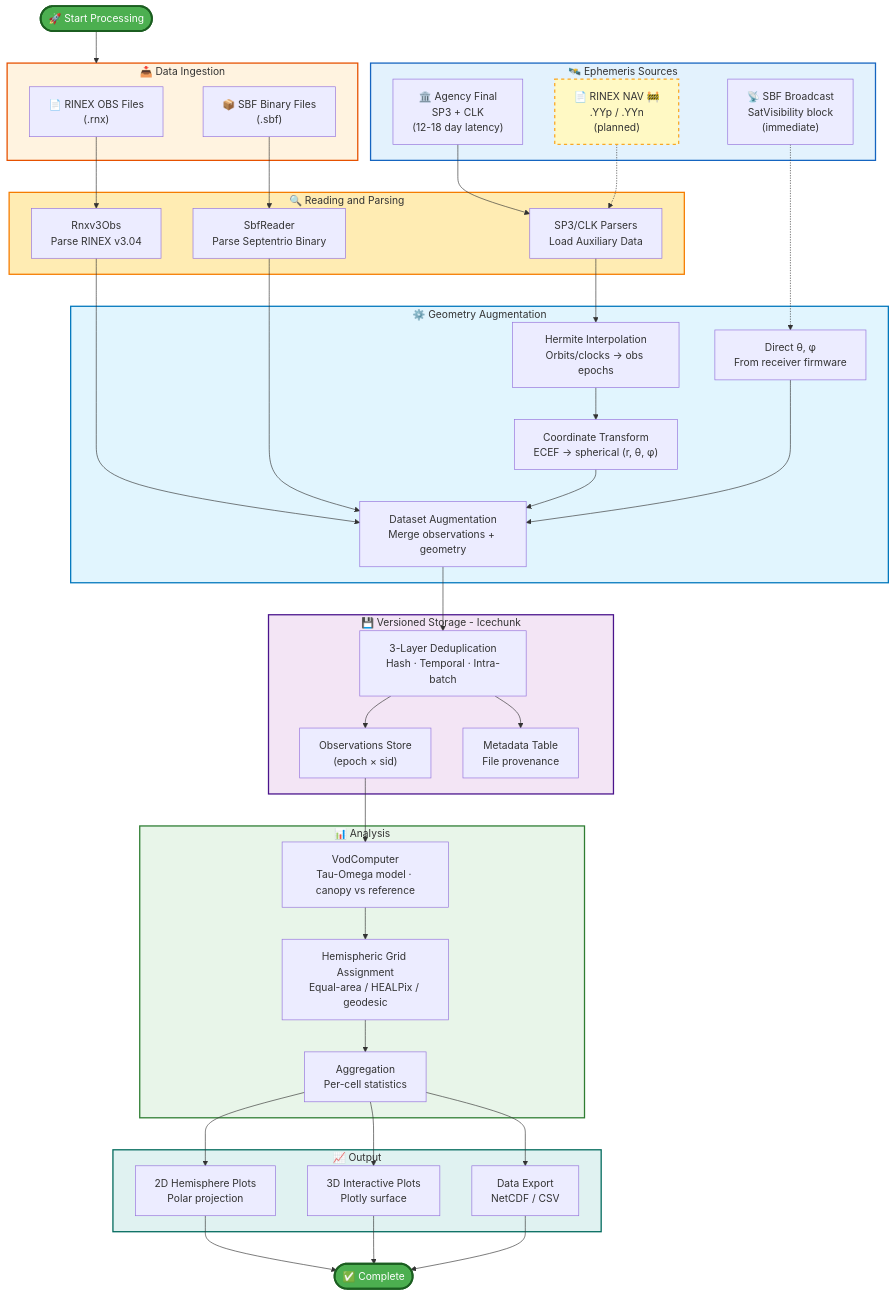
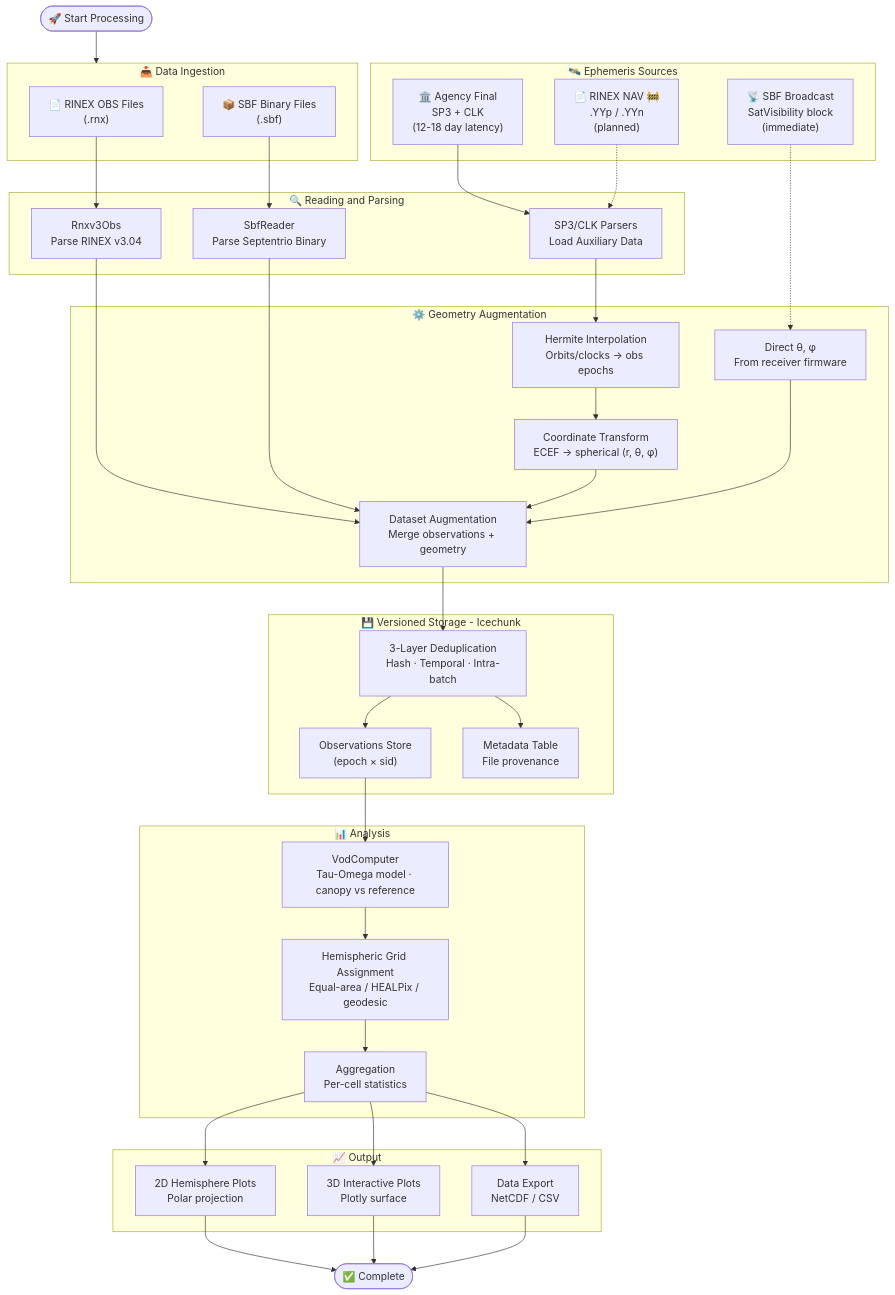
Before and after one commit to konstantinschellenberg/canvodpy: the second of 3 diagrams in README.md, drawn with Mermaid. The commit also changed other lines of this file, not shown here.

First line of the commit message:
docs(readme): remove hardcoded Mermaid style colours

````diff
--- a/README.md
+++ b/README.md
@@ -187,15 +174,4 @@
     Viz2D --> End([✅ Complete])
     Viz3D --> End
     Export --> End
-
-    style Start fill:#4caf50,stroke:#1b5e20,stroke-width:3px,color:#fff
-    style End fill:#4caf50,stroke:#1b5e20,stroke-width:3px,color:#fff
-    style Input fill:#fff3e0,stroke:#e65100,stroke-width:2px
-    style Ephemeris fill:#e3f2fd,stroke:#1565c0,stroke-width:2px
-    style Reading fill:#ffecb3,stroke:#f57c00,stroke-width:2px
-    style Processing fill:#e1f5fe,stroke:#0277bd,stroke-width:2px
-    style Storage fill:#f3e5f5,stroke:#4a148c,stroke-width:2px
-    style Analysis fill:#e8f5e9,stroke:#2e7d32,stroke-width:2px
-    style Output fill:#e0f2f1,stroke:#00695c,stroke-width:2px
-    style NAV fill:#fff9c4,stroke:#f9a825,stroke-width:2px,stroke-dasharray: 5 5
 ```
````
